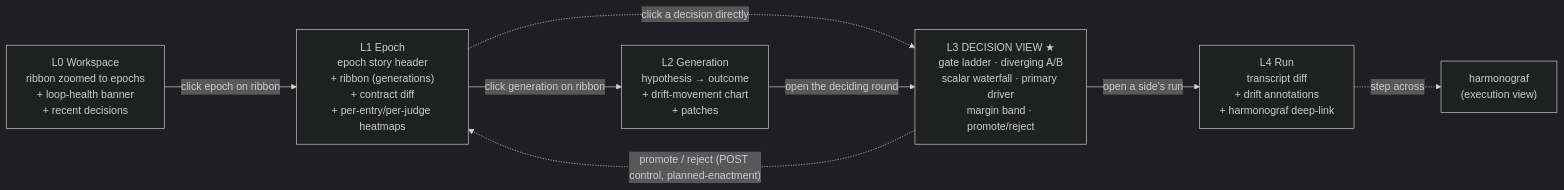
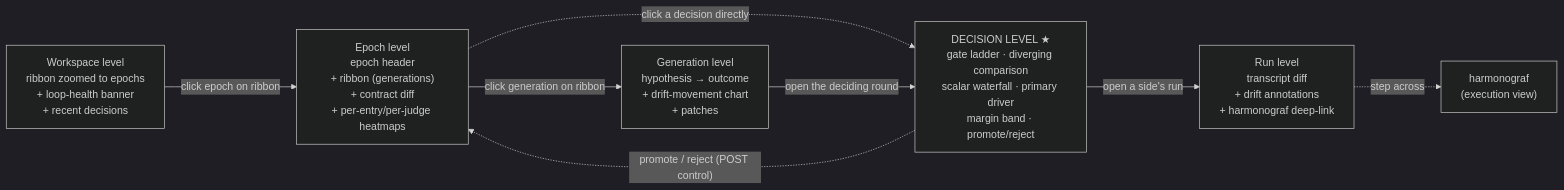
The first of 2 diagrams in docs/design/DASHBOARD.md (pedapudi/zicato), drawn with Mermaid (dark theme) before and after one commit. The commit also changed other lines of this file and 22 other files, not shown here.

````diff
--- a/docs/design/DASHBOARD.md
+++ b/docs/design/DASHBOARD.md
@@ -386,18 +365,18 @@
 ```mermaid
 flowchart LR
-    L0["L0 Workspace<br/>ribbon zoomed to epochs<br/>+ loop-health banner<br/>+ recent decisions"]
-    L1["L1 Epoch<br/>epoch story header<br/>+ ribbon (generations)<br/>+ contract diff<br/>+ per-entry/per-judge heatmaps"]
-    L2["L2 Generation<br/>hypothesis → outcome<br/>+ drift-movement chart<br/>+ patches"]
-    L3["L3 DECISION VIEW ★<br/>gate ladder · diverging A/B<br/>scalar waterfall · primary driver<br/>margin band · promote/reject"]
-    L4["L4 Run<br/>transcript diff<br/>+ drift annotations<br/>+ harmonograf deep-link"]
+    L0["Workspace level<br/>ribbon zoomed to epochs<br/>+ loop-health banner<br/>+ recent decisions"]
+    L1["Epoch level<br/>epoch header<br/>+ ribbon (generations)<br/>+ contract diff<br/>+ per-entry/per-judge heatmaps"]
+    L2["Generation level<br/>hypothesis → outcome<br/>+ drift-movement chart<br/>+ patches"]
+    L3["DECISION LEVEL ★<br/>gate ladder · diverging comparison<br/>scalar waterfall · primary driver<br/>margin band · promote/reject"]
+    L4["Run level<br/>transcript diff<br/>+ drift annotations<br/>+ harmonograf deep-link"]
     HG["harmonograf<br/>(execution view)"]
 
     L0 -->|"click epoch on ribbon"| L1
     L1 -->|"click generation on ribbon"| L2
     L1 -. "click a decision directly" .-> L3
     L2 -->|"open the deciding round"| L3
     L3 -->|"open a side's run"| L4
     L4 -. "step across" .-> HG
 
-    L3 -. "promote / reject (POST control, planned-enactment)" .-> L1
+    L3 -. "promote / reject (POST control)" .-> L1
 ```
````
